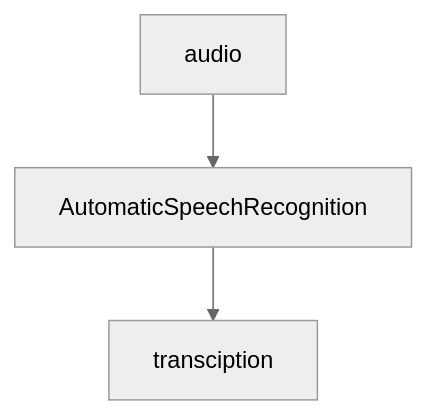
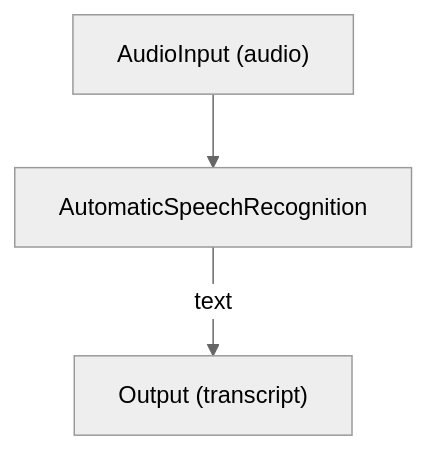
Before and after one commit to nodetool-ai/nodetool: the diagram in docs/workflows/transcribe-audio.md, drawn with Mermaid (neutral theme). The commit also changed other lines of this file and 118 other files, not shown here.

```diff
--- a/docs/workflows/transcribe-audio.md
+++ b/docs/workflows/transcribe-audio.md
@@ -32,8 +34,8 @@
 {% mermaid %}
 graph TD
-  audio_7["audio"]
-  transciption_8["transciption"]
-  automaticspeechrecognition_c51917["AutomaticSpeechRecognition"]
-  audio_7 --> automaticspeechrecognition_c51917
-  automaticspeechrecognition_c51917 --> transciption_8
+  audio["AudioInput (audio)"]
+  asr["AutomaticSpeechRecognition"]
+  transcript["Output (transcript)"]
+  audio --> asr
+  asr -->|text| transcript
 {% endmermaid %}
```
